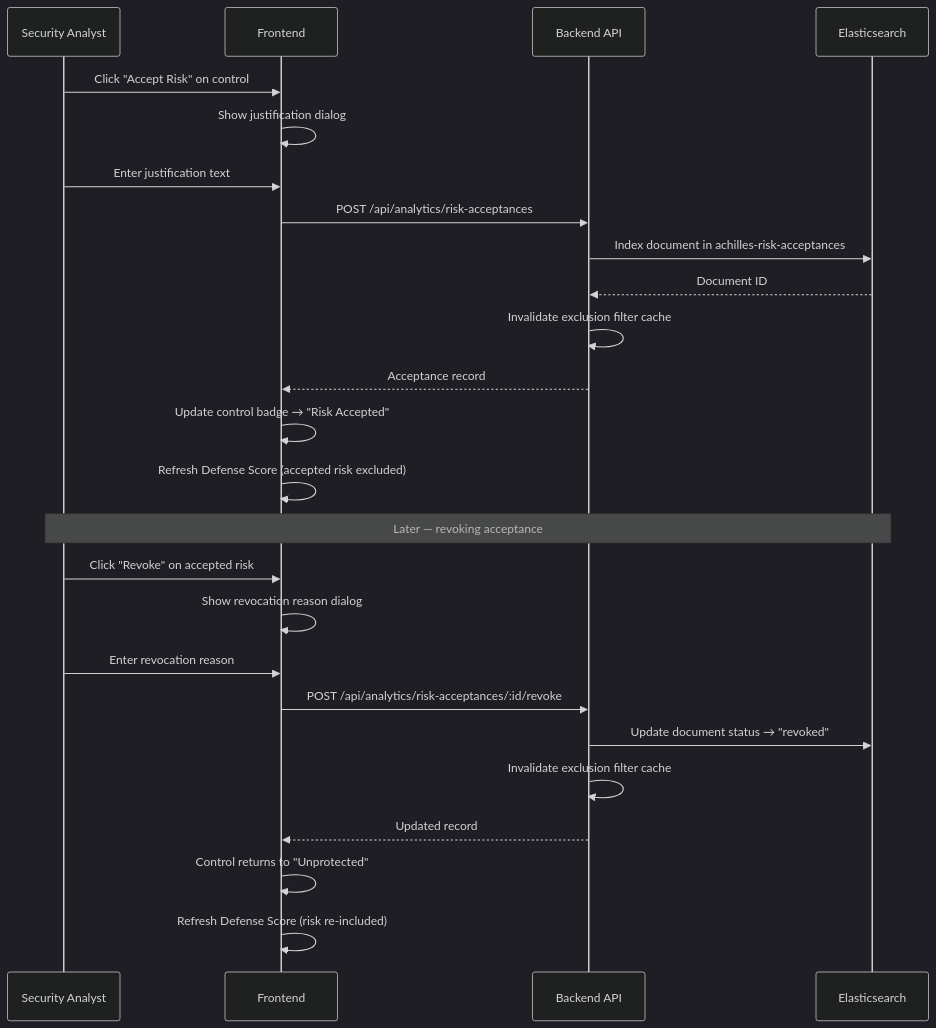
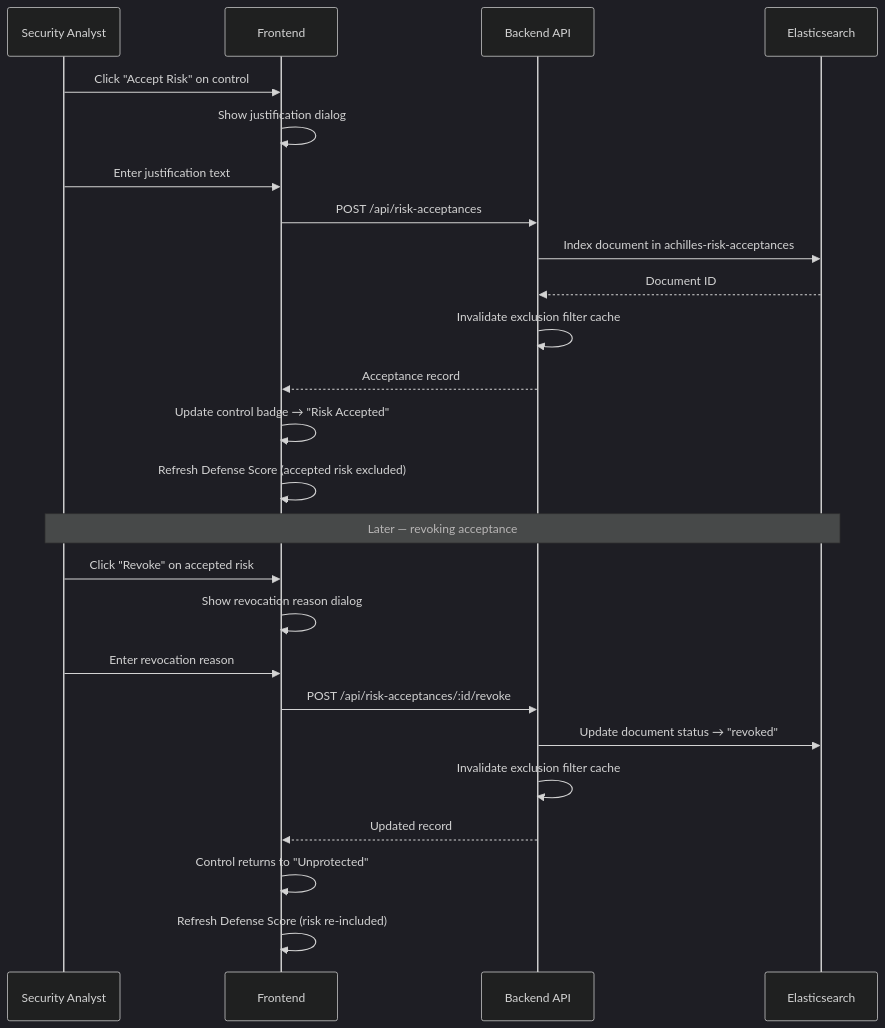
The second of 2 diagrams in wiki/docs/user-guide/analytics/risk-acceptance.md (projectachilles/ProjectAchilles), drawn with Mermaid (dark theme) before and after one commit. The commit also changed other lines of this file and 136 other files, not shown here.

````diff
--- a/wiki/docs/user-guide/analytics/risk-acceptance.md
+++ b/wiki/docs/user-guide/analytics/risk-acceptance.md
@@ -95,30 +96,30 @@
 ```mermaid
 sequenceDiagram
     participant User as Security Analyst
     participant UI as Frontend
     participant API as Backend API
     participant ES as Elasticsearch
 
     User->>UI: Click "Accept Risk" on control
     UI->>UI: Show justification dialog
     User->>UI: Enter justification text
-    UI->>API: POST /api/analytics/risk-acceptances
+    UI->>API: POST /api/risk-acceptances
     API->>ES: Index document in achilles-risk-acceptances
     ES-->>API: Document ID
     API->>API: Invalidate exclusion filter cache
     API-->>UI: Acceptance record
     UI->>UI: Update control badge → "Risk Accepted"
     UI->>UI: Refresh Defense Score (accepted risk excluded)
 
     Note over User,ES: Later — revoking acceptance
 
     User->>UI: Click "Revoke" on accepted risk
     UI->>UI: Show revocation reason dialog
     User->>UI: Enter revocation reason
-    UI->>API: POST /api/analytics/risk-acceptances/:id/revoke
+    UI->>API: POST /api/risk-acceptances/:id/revoke
     API->>ES: Update document status → "revoked"
     API->>API: Invalidate exclusion filter cache
     API-->>UI: Updated record
     UI->>UI: Control returns to "Unprotected"
     UI->>UI: Refresh Defense Score (risk re-included)
 ```
````
